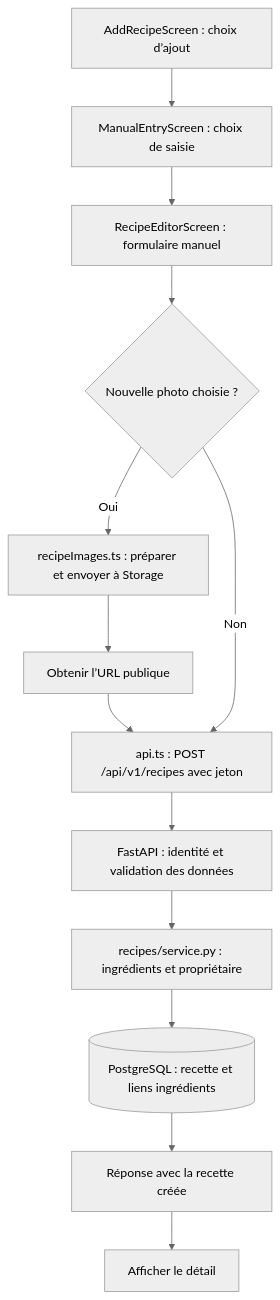
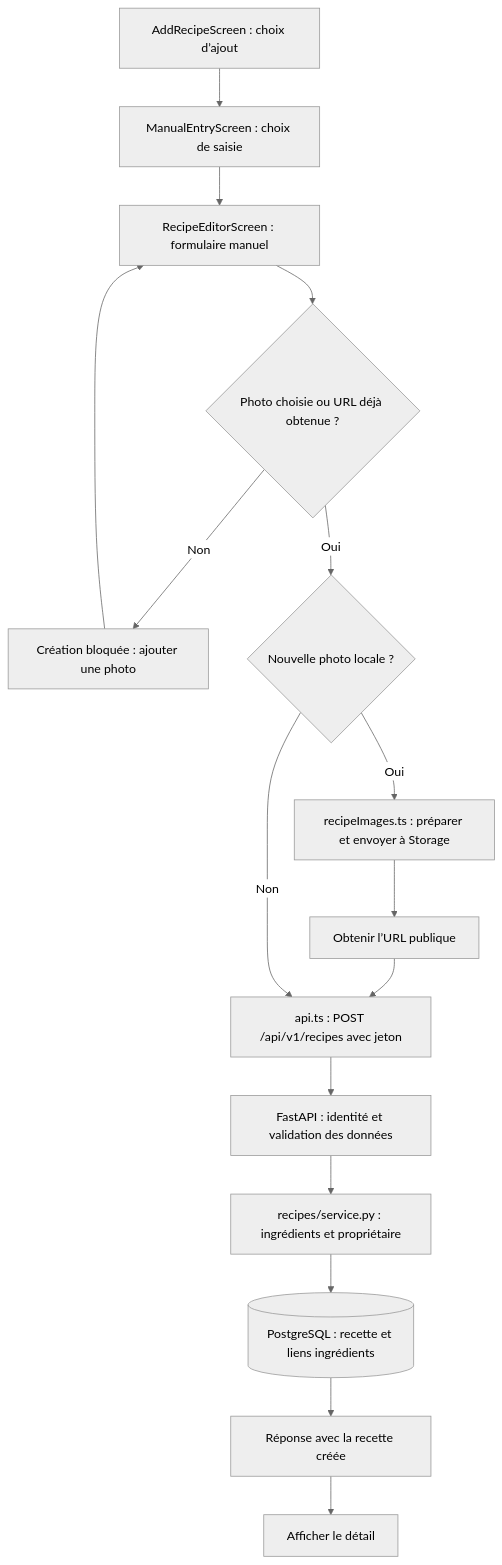
Before and after one commit to EnzoT454/OptiMeal: the sixth of 21 diagrams in README-fonctionnement.md, drawn with Mermaid (neutral theme). The commit also changed other lines of this file, not shown here.

Commit message:
ajout schemas fonctionnement

````diff
--- a/README-fonctionnement.md
+++ b/README-fonctionnement.md
@@ -146,15 +188,18 @@
 ```mermaid
 flowchart TD
     A[AddRecipeScreen : choix d’ajout] --> M[ManualEntryScreen : choix de saisie]
     M --> F[RecipeEditorScreen : formulaire manuel]
-    F --> P{Nouvelle photo choisie ?}
+    F --> C{Photo choisie ou URL déjà obtenue ?}
+    C -->|Non| B[Création bloquée : ajouter une photo]
+    B --> F
+    C -->|Oui| P{Nouvelle photo locale ?}
     P -->|Oui| I[recipeImages.ts : préparer et envoyer à Storage]
     I --> URL[Obtenir l’URL publique]
     URL --> H[api.ts : POST /api/v1/recipes avec jeton]
     P -->|Non| H
     H --> V[FastAPI : identité et validation des données]
     V --> S[recipes/service.py : ingrédients et propriétaire]
     S --> D[(PostgreSQL : recette et liens ingrédients)]
     D --> R[Réponse avec la recette créée]
     R --> E[Afficher le détail]
 ```
````
